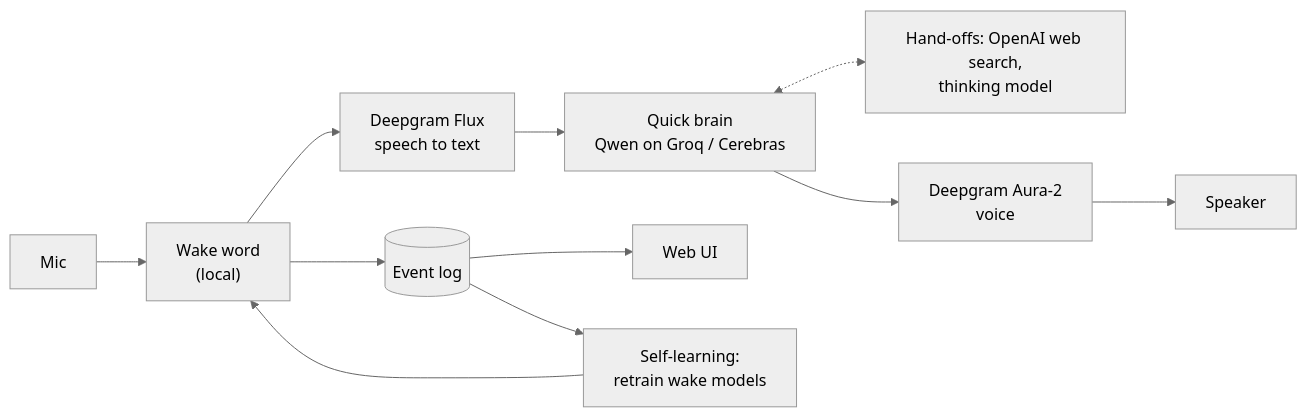
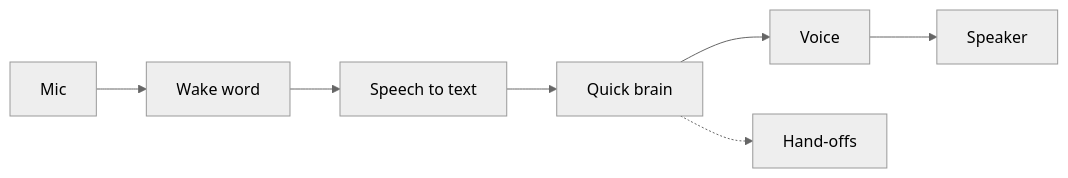
One commit to alon-pilosoph/tars changed the first of 2 diagrams in README.md. Above: the diagram before and after it, drawn with Mermaid (neutral theme). The commit also changed other lines of this file and 398 other files, not shown here.

````diff
--- a/README.md
+++ b/README.md
@@ -30,10 +32,5 @@
 ```mermaid
 flowchart LR
-    mic[Mic] --> wake["Wake word<br/>(local)"] --> stt["Deepgram Flux<br/>speech to text"]
-    stt --> brain["Quick brain<br/>Qwen on Groq / Cerebras"]
-    brain <-.-> handoff["Hand-offs: OpenAI web search,<br/>thinking model"]
-    brain --> voice["Deepgram Aura-2<br/>voice"] --> spk[Speaker]
-    wake --> log[("Event log")]
-    log --> webui["Web UI"]
-    log --> learn["Self-learning:<br/>retrain wake models"] --> wake
+    mic[Mic] --> wake[Wake word] --> stt[Speech to text] --> brain[Quick brain] --> voice[Voice] --> spk[Speaker]
+    brain -.-> handoff[Hand-offs]
 ```
````
